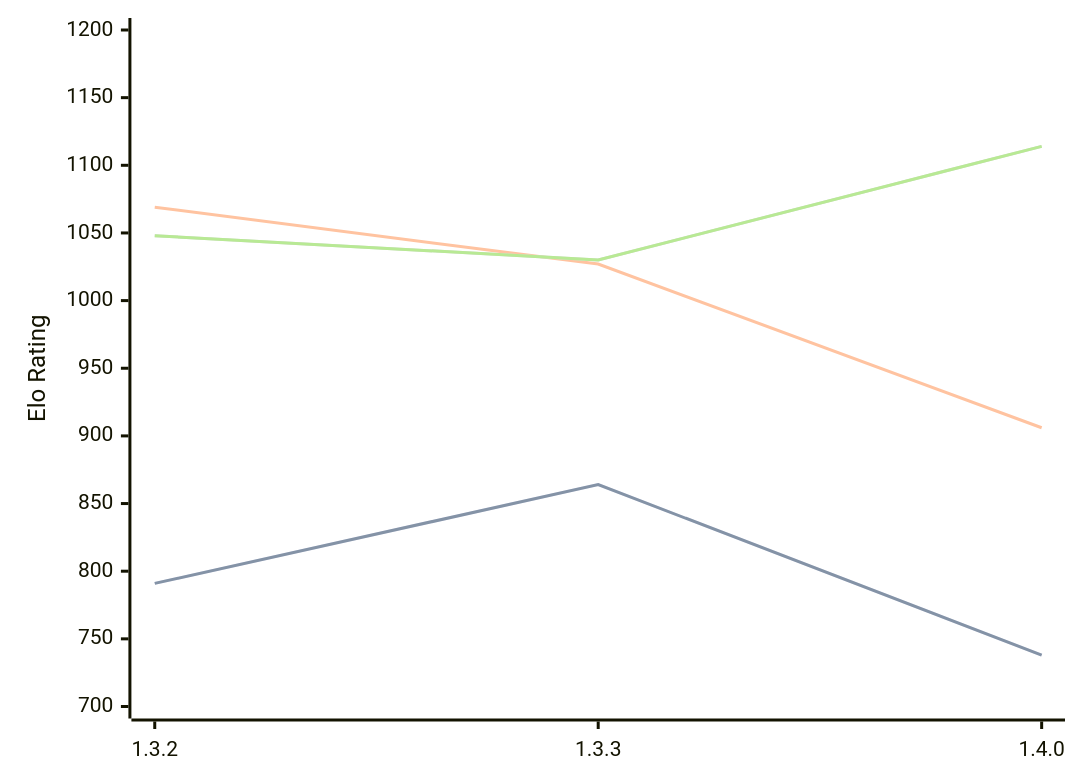
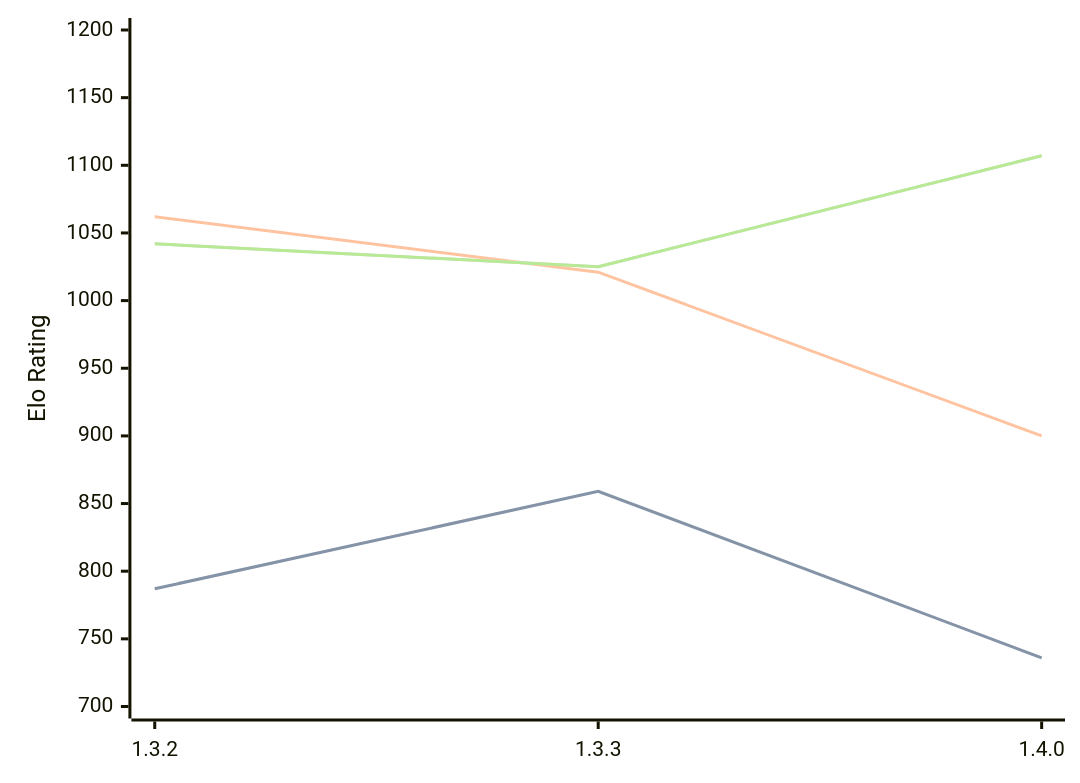
The diagram in engines/Whitespine.md (computer-chess-index/cci), drawn with Mermaid before and after one commit. The commit also changed other lines of this file, not shown here.

Commit message:
Update CCI Ratings (ELO VLTC) - 2026-05-20

````diff
--- a/engines/Whitespine.md
+++ b/engines/Whitespine.md
@@ -36,11 +36,11 @@
 ```mermaid
 %%{init: {"theme":"base","themeVariables":{"seriesColors:['#a3a3a3','#222221','#faa371']}}}%%
 xychart-beta
   x-axis ["1.3.2", "1.3.3", "1.4.0"]
   y-axis "Elo Rating" 700 --> 1200
-  line "STC (8.0+0.08s)" [791, 864, 738]
-  line "STC (8.0+0.08s)" [791, 864, 738]
-  line "LTC (60.0+0.60s)" [1069, 1027, 906]
-  line "VLTC (2m24s+1.12s)" [1048, 1030, 1114]
-  line "VLTC (2m24s+1.12s)" [1048, 1030, 1114]
+  line "STC (8.0+0.08s)" [787, 859, 736]
+  line "STC (8.0+0.08s)" [787, 859, 736]
+  line "LTC (60.0+0.60s)" [1062, 1021, 900]
+  line "VLTC (2m24s+1.12s)" [1042, 1025, 1107]
+  line "VLTC (2m24s+1.12s)" [1042, 1025, 1107]
 ```
````
